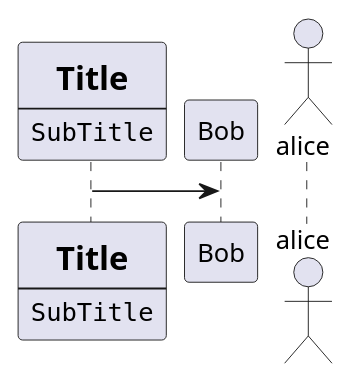
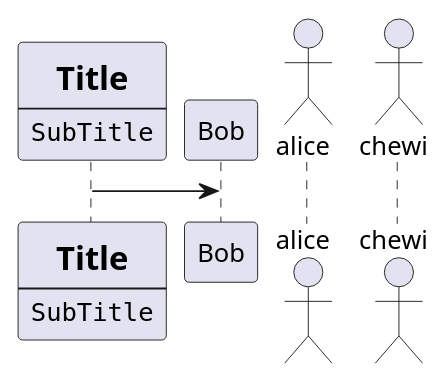
The diagram in test.puml (hzierer/render-run), drawn with PlantUML before and after one commit.

```diff
--- a/test.puml
+++ b/test.puml
@@ -1,11 +1,12 @@
 @startuml
 participant Participant [
     =Title
     ----
     ""SubTitle""
 ]
 
 participant Bob
 actor alice
+actor chewi
 Participant -> Bob
 @enduml
```
